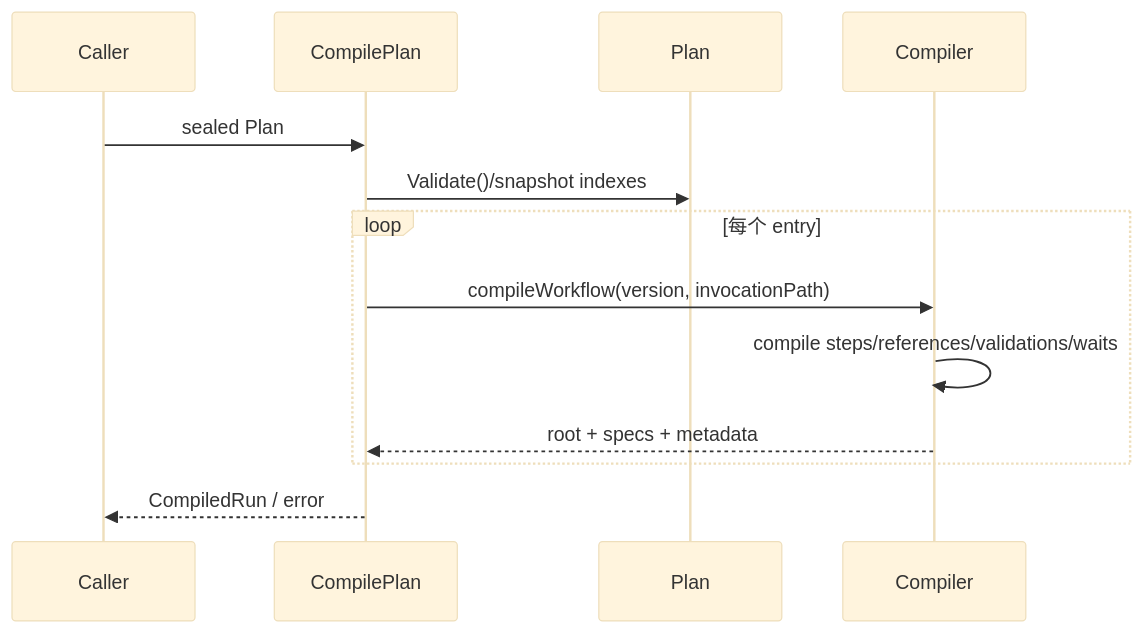
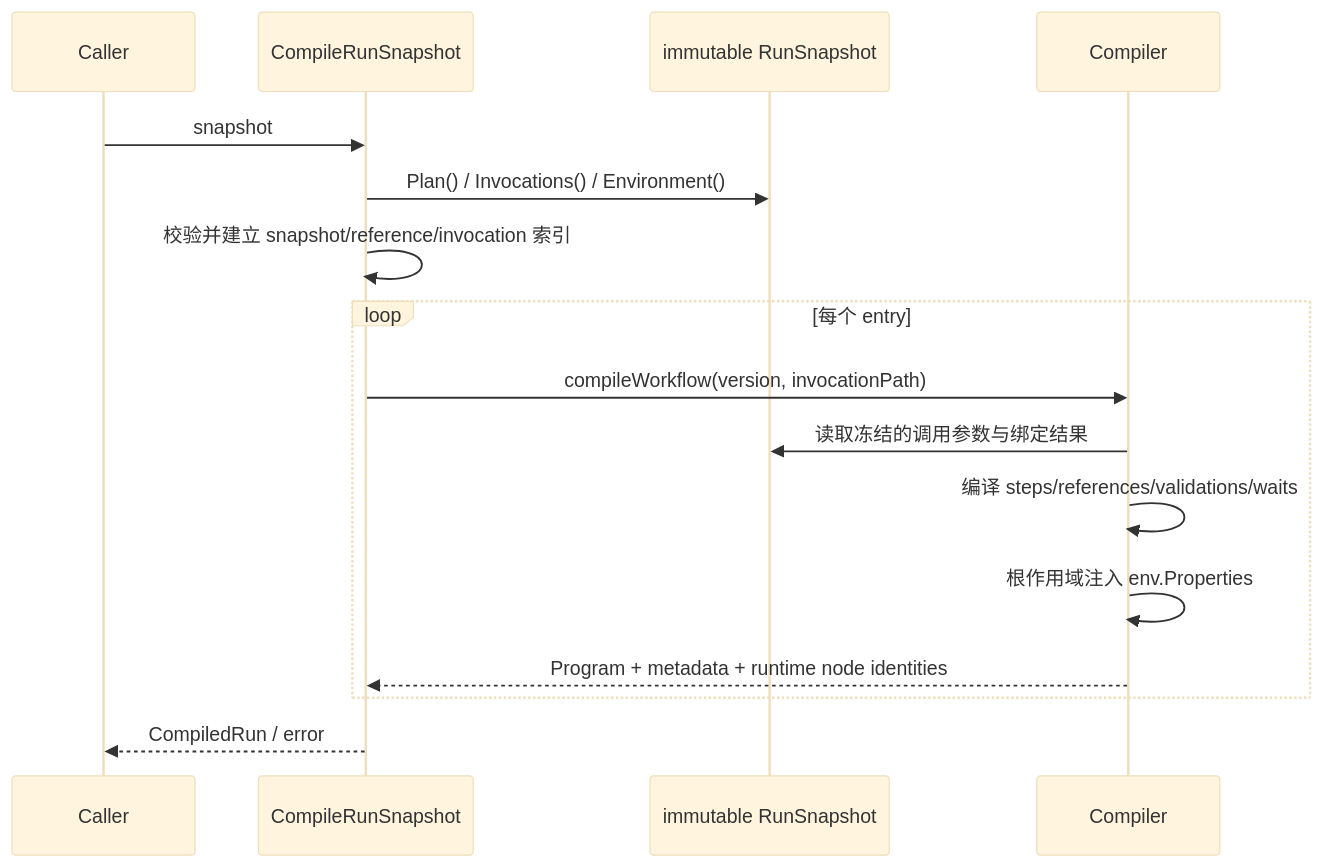
One commit to Capsule7446/healix-core changed the first of 2 diagrams in docs/application/engine/compile-plan.md. Above: the diagram before and after it, drawn with Mermaid (base theme). The commit also changed other lines of this file and 180 other files, not shown here.

````diff
--- a/docs/application/engine/compile-plan.md
+++ b/docs/application/engine/compile-plan.md
@@ -17,15 +40,18 @@
 ```mermaid
 sequenceDiagram
     participant Caller
-    participant C as CompilePlan
-    participant Plan
+    participant C as CompileRunSnapshot
+    participant S as immutable RunSnapshot
     participant Compiler
-    Caller->>C: sealed Plan
-    C->>Plan: Validate()/snapshot indexes
+    Caller->>C: snapshot
+    C->>S: Plan() / Invocations() / Environment()
+    C->>C: 校验并建立 snapshot/reference/invocation 索引
     loop 每个 entry
       C->>Compiler: compileWorkflow(version, invocationPath)
-      Compiler->>Compiler: compile steps/references/validations/waits
-      Compiler-->>C: root + specs + metadata
+      Compiler->>S: 读取冻结的调用参数与绑定结果
+      Compiler->>Compiler: 编译 steps/references/validations/waits
+      Compiler->>Compiler: 根作用域注入 env.Properties
+      Compiler-->>C: Program + metadata + runtime node identities
     end
     C-->>Caller: CompiledRun / error
 ```
````
